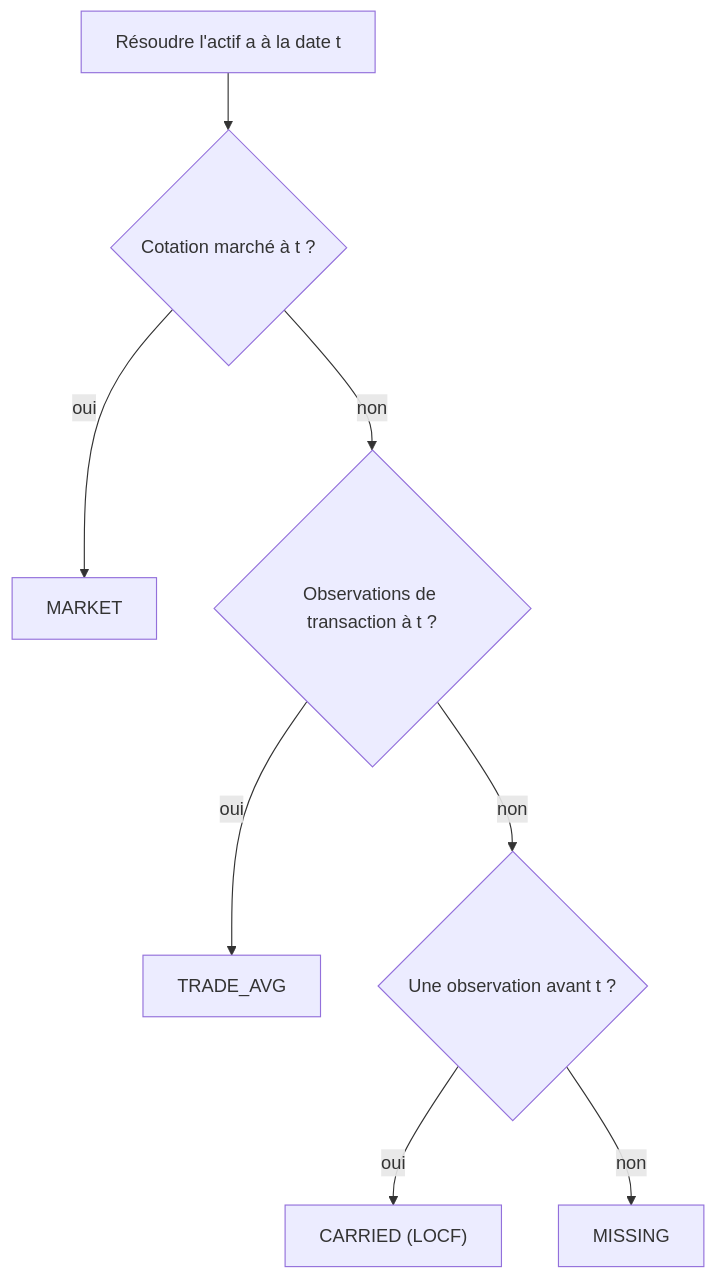
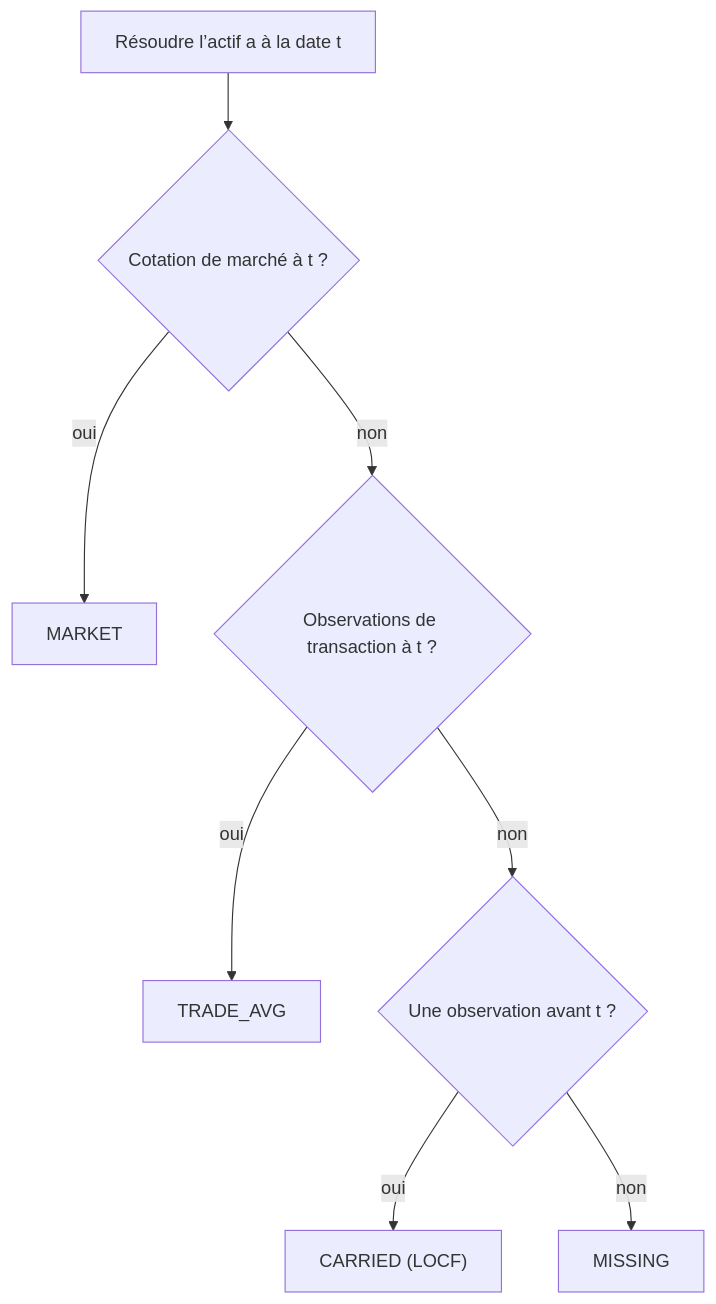
The diagram in mkdocs_src/docs/financial-theory/technical-analysis/performance-metrics/portfolio-engine/price-resolution.fr.md (Librefolio/LibreFolio), drawn with Mermaid before and after one commit. The commit also changed other lines of this file and 2 other files, not shown here.

````diff
--- a/mkdocs_src/docs/financial-theory/technical-analysis/performance-metrics/portfolio-engine/price-resolution.fr.md
+++ b/mkdocs_src/docs/financial-theory/technical-analysis/performance-metrics/portfolio-engine/price-resolution.fr.md
@@ -30,10 +40,10 @@
 ```mermaid
 flowchart TD
-    A["Résoudre l'actif a à la date t"] --> B{"Cotation marché à t ?"}
+    A["Résoudre l’actif a à la date t"] --> B{"Cotation de marché à t ?"}
     B -- "oui" --> C["MARKET"]
     B -- "non" --> D{"Observations de transaction à t ?"}
     D -- "oui" --> E["TRADE_AVG"]
     D -- "non" --> F{"Une observation avant t ?"}
     F -- "oui" --> G["CARRIED (LOCF)"]
     F -- "non" --> H["MISSING"]
 ```
````
